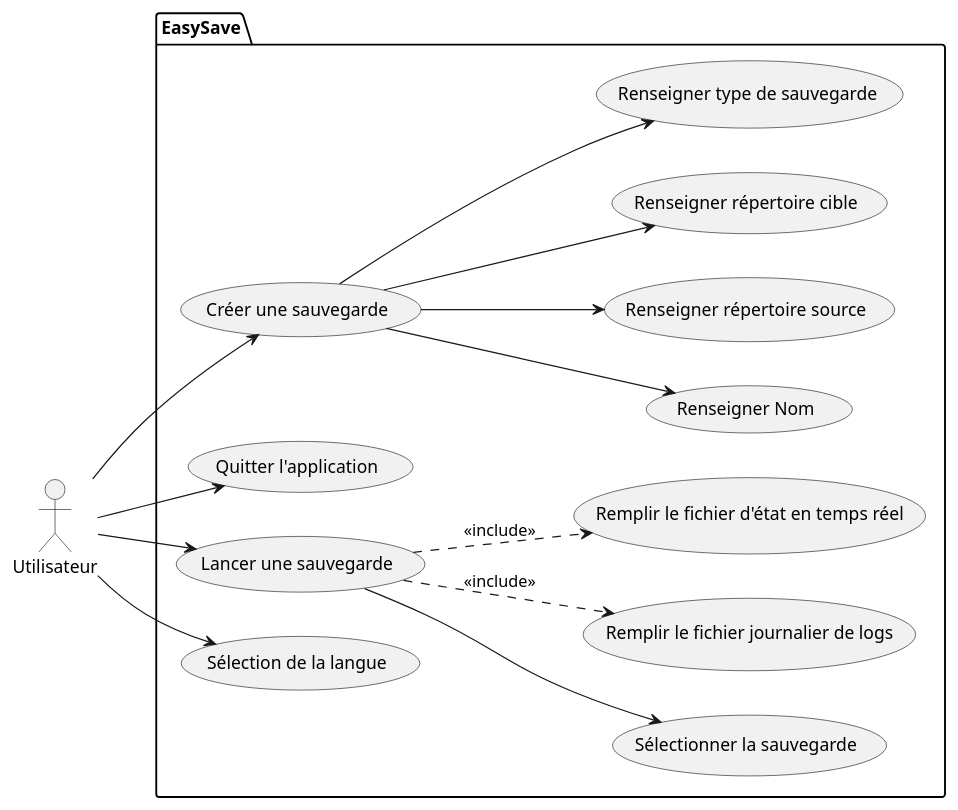
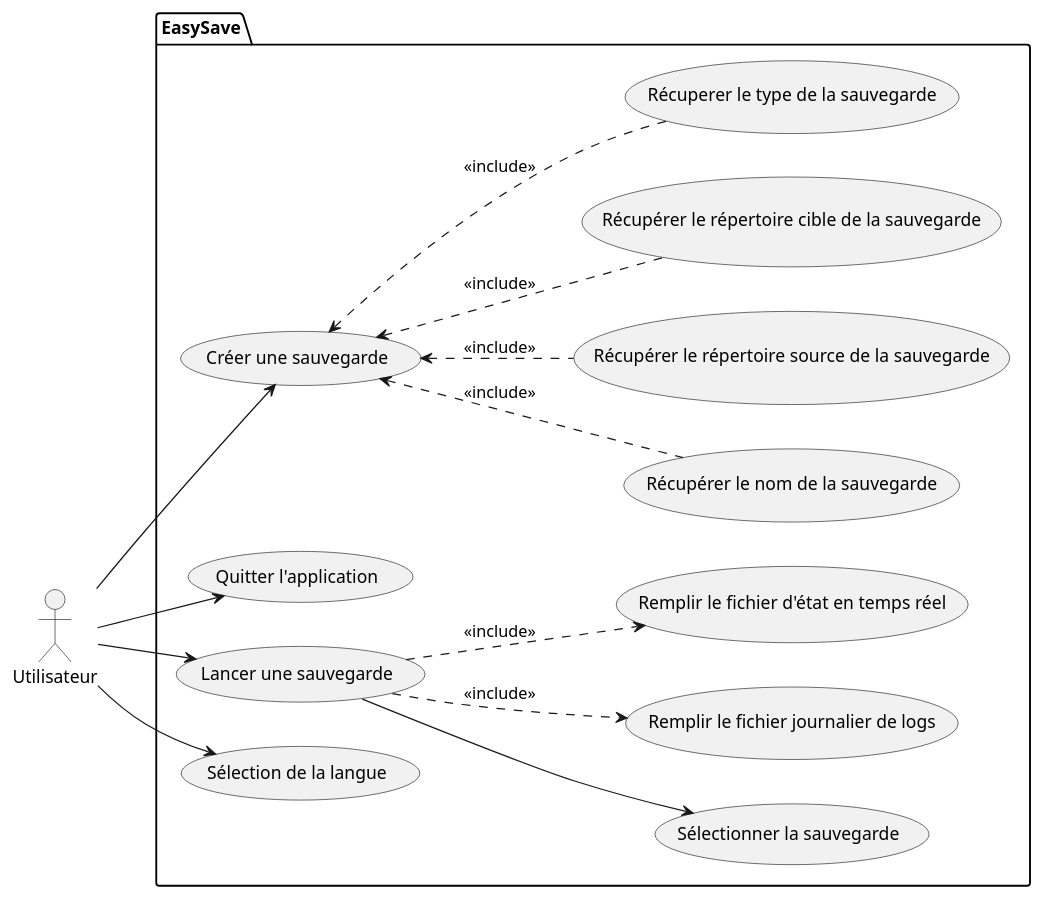
One commit to Melvin-Menanteau/EasySave changed the diagram in UML/UseCaseDiagram.plantuml. Above: the diagram before and after it, drawn with PlantUML.

```diff
--- a/UML/UseCaseDiagram.plantuml
+++ b/UML/UseCaseDiagram.plantuml
@@ -1,31 +1,35 @@
 @startuml Diagramme de cas d'utilisation
 left to right direction
 
 actor Utilisateur as user
 
 package EasySave {
   usecase "Créer une sauvegarde" as uc1
-  usecase "Renseigner Nom" as uc7
-  usecase "Renseigner répertoire source" as uc8
-  usecase "Renseigner répertoire cible" as uc9
-  usecase "Renseigner type de sauvegarde" as uc10
+  usecase "Récupérer le nom de la sauvegarde" as uc7
+  usecase "Récupérer le répertoire source de la sauvegarde" as uc8
+  usecase "Récupérer le répertoire cible de la sauvegarde" as uc9
+  usecase "Récuperer le type de la sauvegarde" as uc10
   usecase "Quitter l'application" as uc6
   usecase "Lancer une sauvegarde" as uc2
   usecase "Sélectionner la sauvegarde" as uc3
   usecase "Remplir le fichier journalier de logs" as uc4
   usecase "Remplir le fichier d'état en temps réel" as uc5
   usecase "Sélection de la langue" as uc11
 }
 
 user --> uc1
 user --> uc11
-uc1 --> uc7
-uc1 --> uc8
-uc1 --> uc9 
-uc1 --> uc10
+
+uc1 <-. uc7 : <<include>> 
+uc1 <-. uc8 : <<include>>
+uc1 <-. uc9 : <<include>>
+uc1 <-. uc10 : <<include>>
+
 user --> uc6
 user --> uc2
+
 uc2 --> uc3
 uc2 .-> uc4 : <<include>>
 uc2 .-> uc5 : <<include>>
+
 @enduml
```
